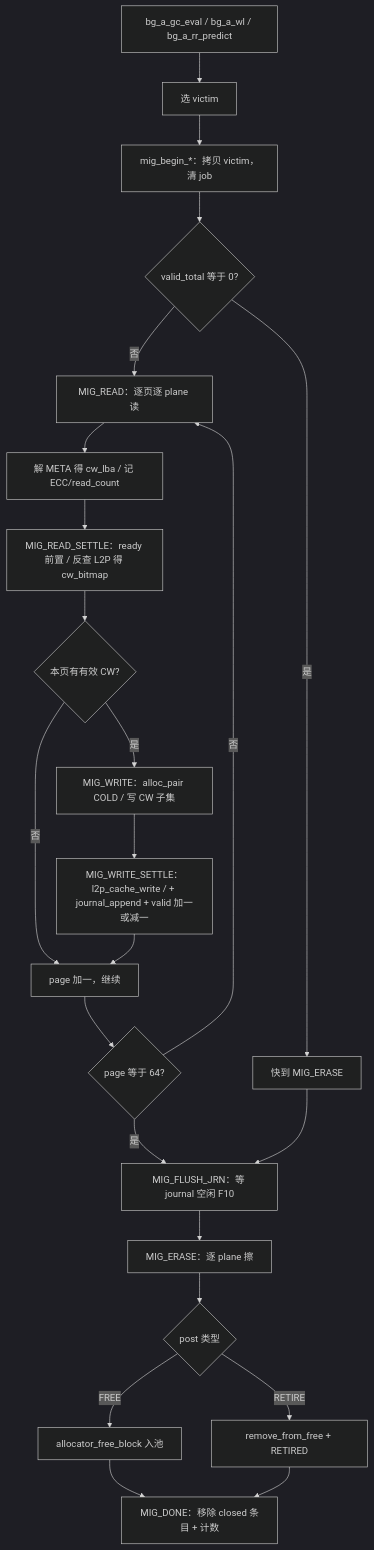
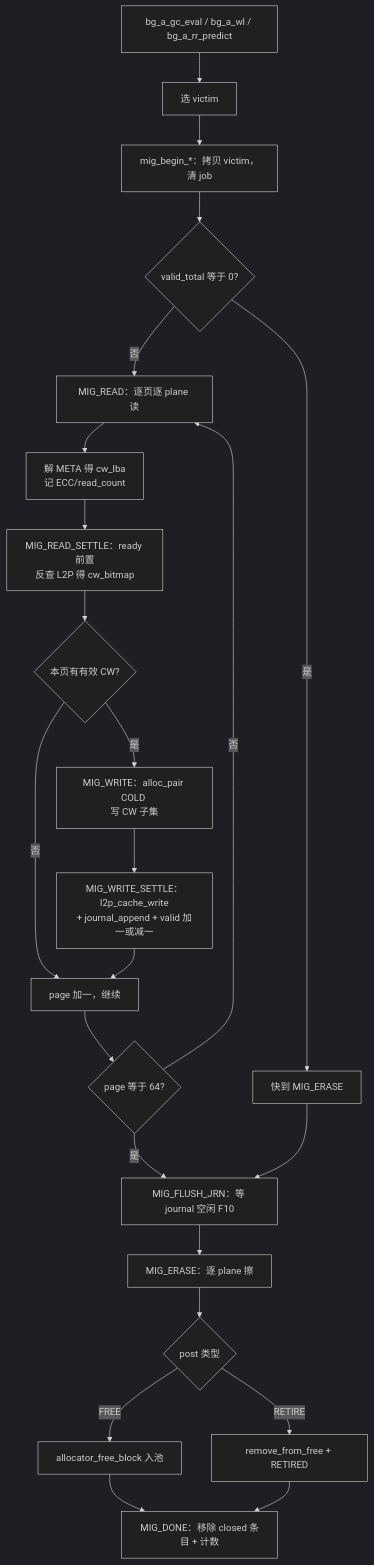
One commit to YzYMIAO/BASESSD changed diagram 26 of 28 in docs/design/ftl_design.md. Above: the diagram before and after it, drawn with Mermaid (dark theme). The commit also changed other lines of this file, not shown here.

First line of the commit message:
docs(ftl): 恢复 <br/>、清理 stateDiagram 标签

````diff
--- a/docs/design/ftl_design.md
+++ b/docs/design/ftl_design.md
@@ -3096,25 +3096,25 @@
 ```mermaid
 flowchart TD
     A["bg_a_gc_eval / bg_a_wl / bg_a_rr_predict"] --> B["选 victim"]
     B --> C["mig_begin_*：拷贝 victim，清 job"]
     C --> D{"valid_total 等于 0?"}
     D -- "是" --> E["快到 MIG_ERASE"]
     D -- "否" --> F["MIG_READ：逐页逐 plane 读"]
-    F --> G["解 META 得 cw_lba / 记 ECC/read_count"]
-    G --> H["MIG_READ_SETTLE：ready 前置 / 反查 L2P 得 cw_bitmap"]
+    F --> G["解 META 得 cw_lba<br/>记 ECC/read_count"]
+    G --> H["MIG_READ_SETTLE：ready 前置<br/>反查 L2P 得 cw_bitmap"]
     H --> I{"本页有有效 CW?"}
     I -- "否" --> J["page 加一，继续"]
-    I -- "是" --> K["MIG_WRITE：alloc_pair COLD / 写 CW 子集"]
-    K --> L["MIG_WRITE_SETTLE：l2p_cache_write / + journal_append + valid 加一或减一"]
+    I -- "是" --> K["MIG_WRITE：alloc_pair COLD <br/>写 CW 子集"]
+    K --> L["MIG_WRITE_SETTLE：l2p_cache_write<br/>+ journal_append + valid 加一或减一"]
     L --> J
     J --> M{"page 等于 64?"}
     M -- "否" --> F
     M -- "是" --> N["MIG_FLUSH_JRN：等 journal 空闲 F10"]
     N --> O["MIG_ERASE：逐 plane 擦"]
     O --> P{"post 类型"}
     P -- "FREE" --> Q["allocator_free_block 入池"]
     P -- "RETIRE" --> R["remove_from_free + RETIRED"]
     Q --> S["MIG_DONE：移除 closed 条目 + 计数"]
     R --> S
     E --> N
 ```
````
